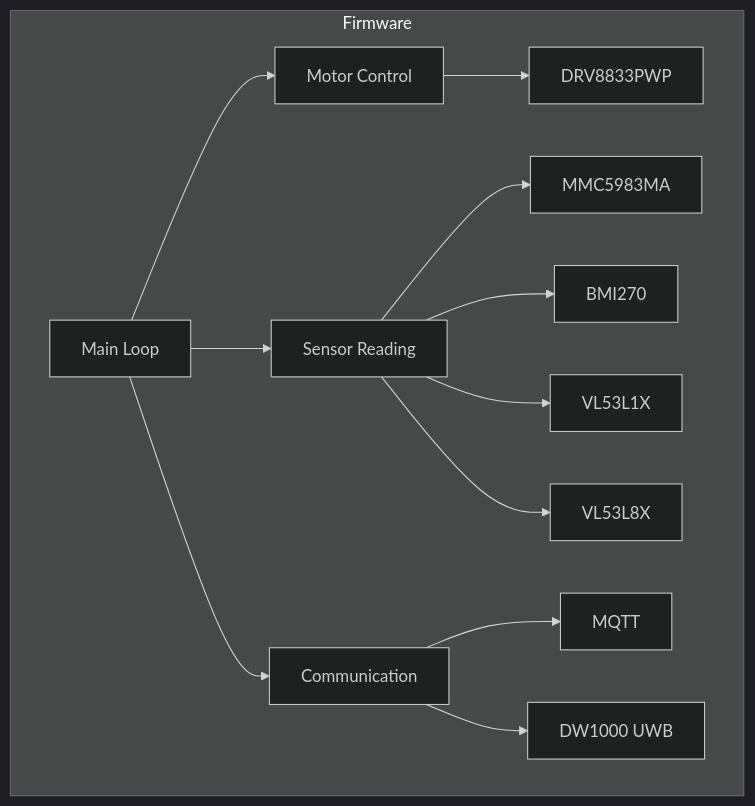
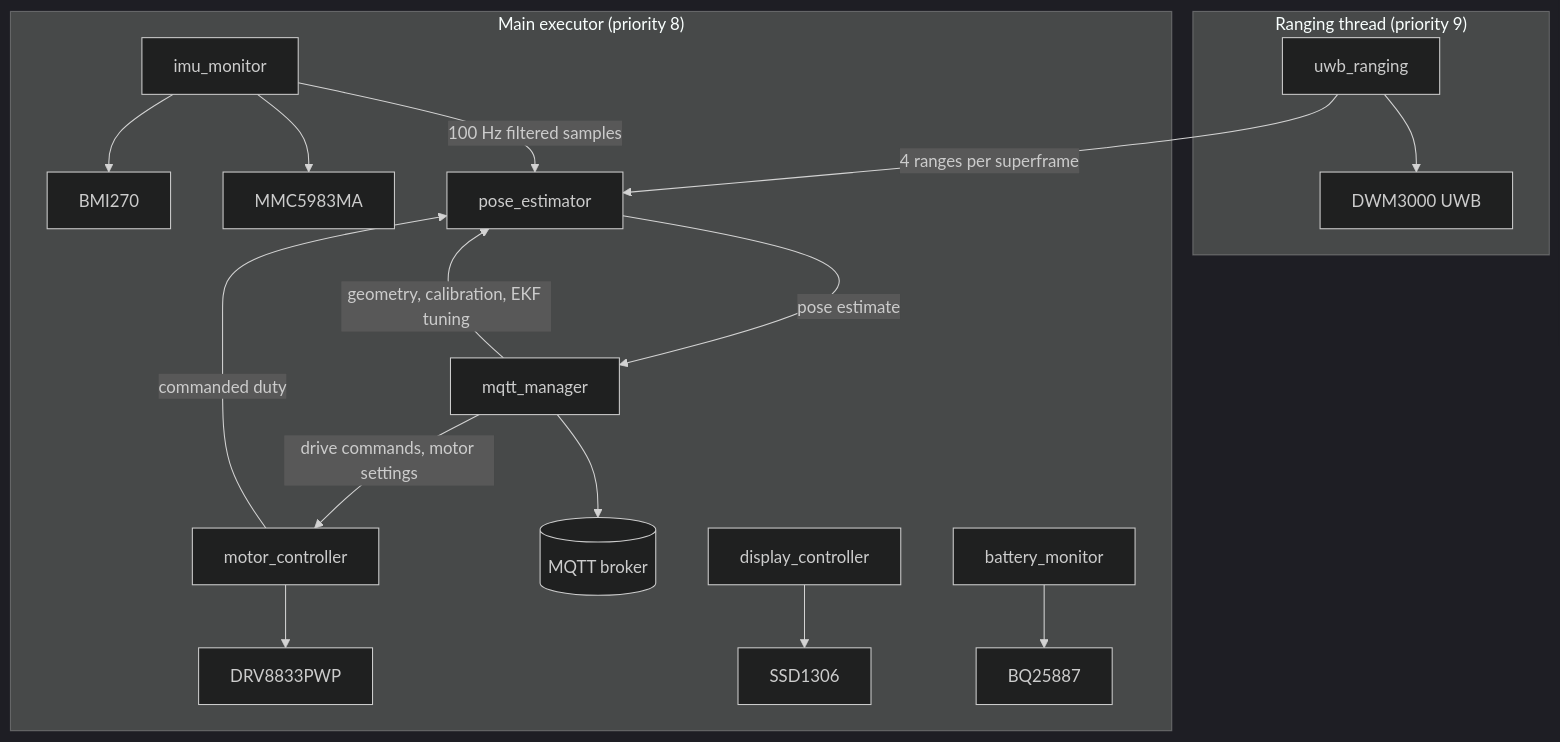
The diagram in README.md (Project-Emerge/Project-Emerge-dropbot-firmware), drawn with Mermaid (dark theme) before and after one commit. The commit also changed other lines of this file and 89 other files, not shown here.

````diff
--- a/README.md
+++ b/README.md
@@ -29,15 +99,23 @@
 ```mermaid
 graph TD
-    subgraph Firmware
-        A[Main Loop] --> B[Motor Control]
-        A --> C[Sensor Reading]
-        A --> D[Communication]
-        B --> E[DRV8833PWP]
-        C --> F[MMC5983MA]
-        C --> G[BMI270]
-        C --> H[VL53L1X]
-        C --> I[VL53L8X]
-        D --> J[MQTT]
-        D --> K[DW1000 UWB]
+    subgraph ranging["Ranging thread (priority 9)"]
+        RANGE[uwb_ranging] --> DW[DWM3000 UWB]
     end
+
+    subgraph main["Main executor (priority 8)"]
+        IMU[imu_monitor] --> BMI[BMI270]
+        IMU --> MMC[MMC5983MA]
+        MOTOR[motor_controller] --> DRV[DRV8833PWP]
+        POSE[pose_estimator]
+        MQTT[mqtt_manager] --> BROKER[(MQTT broker)]
+        DISPLAY[display_controller] --> OLED[SSD1306]
+        BATTERY[battery_monitor] --> BQ[BQ25887]
+    end
+
+    IMU -->|"100 Hz filtered samples"| POSE
+    RANGE -->|"4 ranges per superframe"| POSE
+    MOTOR -->|"commanded duty"| POSE
+    POSE -->|"pose estimate"| MQTT
+    MQTT -->|"geometry, calibration, EKF tuning"| POSE
+    MQTT -->|"drive commands, motor settings"| MOTOR
 ```
````
